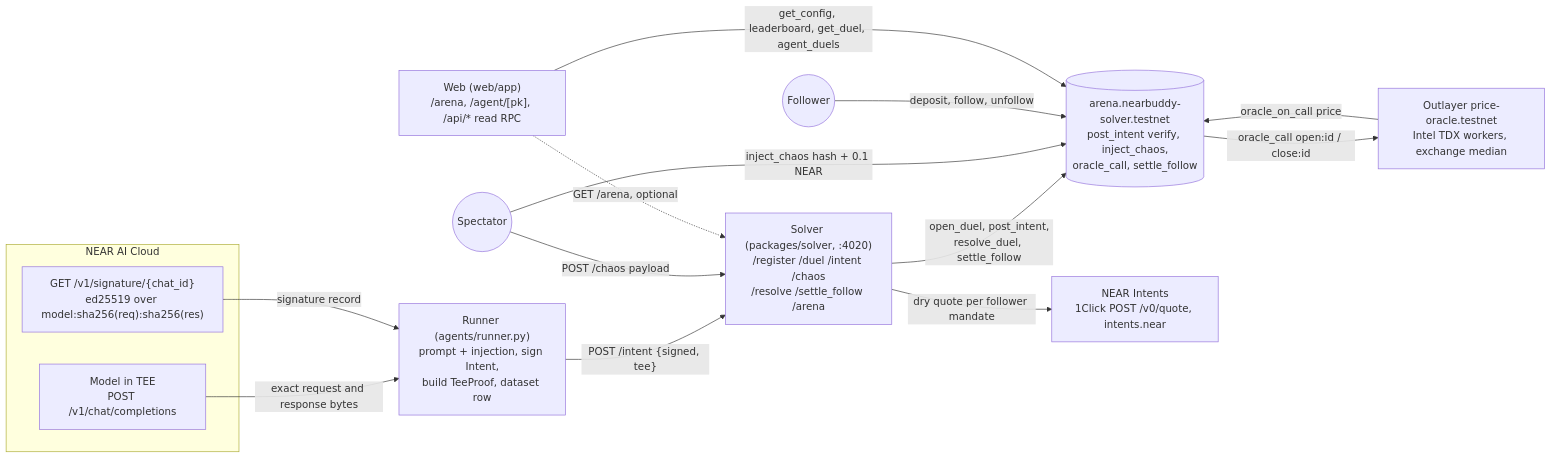
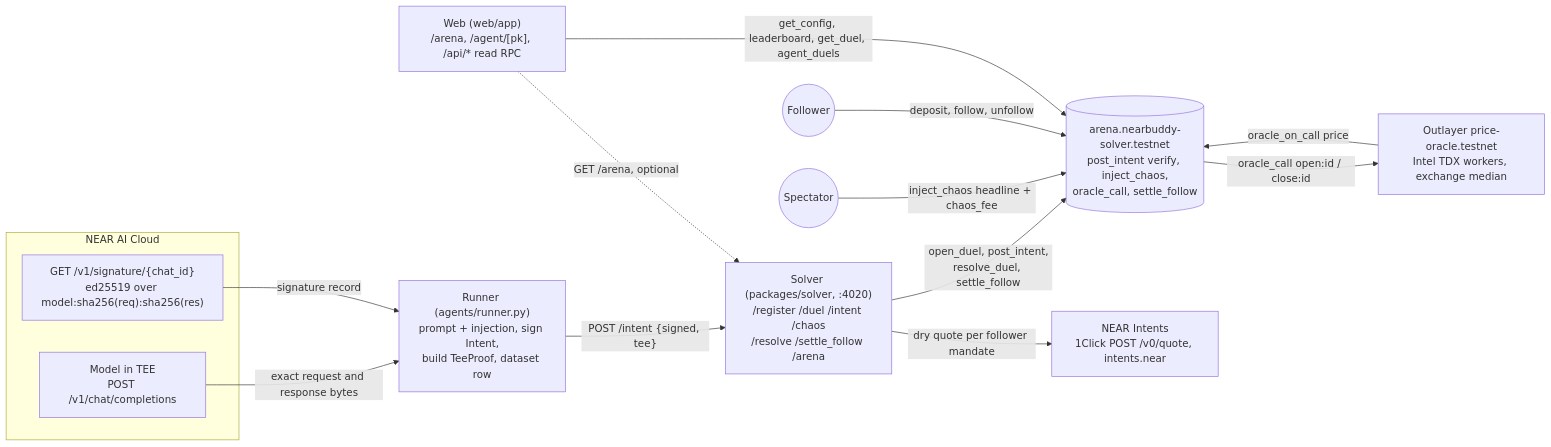
Before and after one commit to LingSiewWin/nearbuddy: the first of 2 diagrams in nearbuddy/README.md, drawn with Mermaid. The commit also changed other lines of this file, not shown here.

````diff
--- a/nearbuddy/README.md
+++ b/nearbuddy/README.md
@@ -579,27 +746,26 @@
 ```mermaid
 flowchart LR
   subgraph cloud["NEAR AI Cloud"]
     model["Model in TEE<br/>POST /v1/chat/completions"]
     sig["GET /v1/signature/{chat_id}<br/>ed25519 over model:sha256(req):sha256(res)"]
   end
   runner["Runner (agents/runner.py)<br/>prompt + injection, sign Intent,<br/>build TeeProof, dataset row"]
   solver["Solver (packages/solver, :4020)<br/>/register /duel /intent /chaos<br/>/resolve /settle_follow /arena"]
   arena[("arena.nearbuddy-solver.testnet<br/>post_intent verify, inject_chaos,<br/>oracle_call, settle_follow")]
   oracle["Outlayer price-oracle.testnet<br/>Intel TDX workers, exchange median"]
   intents["NEAR Intents<br/>1Click POST /v0/quote, intents.near"]
   spectator(("Spectator"))
   follower(("Follower"))
   web["Web (web/app)<br/>/arena, /agent/[pk], /api/* read RPC"]
   model -->|"exact request and response bytes"| runner
   sig -->|"signature record"| runner
   runner -->|"POST /intent {signed, tee}"| solver
   solver -->|"open_duel, post_intent,<br/>resolve_duel, settle_follow"| arena
   arena -->|"oracle_call open:id / close:id"| oracle
   oracle -->|"oracle_on_call price"| arena
   solver -->|"dry quote per follower mandate"| intents
-  spectator -->|"POST /chaos payload"| solver
-  spectator -->|"inject_chaos hash + 0.1 NEAR"| arena
+  spectator -->|"inject_chaos headline + chaos_fee"| arena
   follower -->|"deposit, follow, unfollow"| arena
   web -->|"get_config, leaderboard, get_duel, agent_duels"| arena
   web -.->|"GET /arena, optional"| solver
 ```
````
